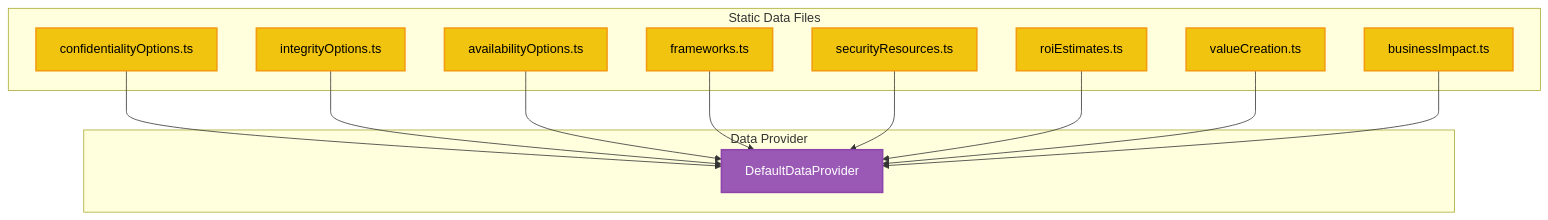
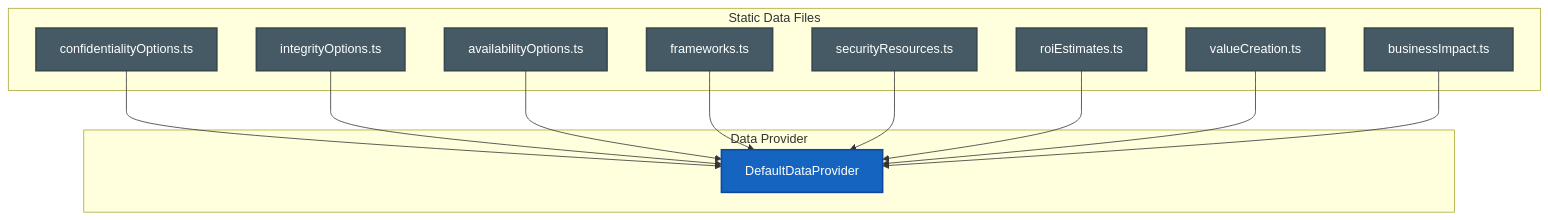
The third of 3 diagrams in docs/architecture/DATA_MODEL_old.md (Hack23/cia-compliance-manager), drawn with Mermaid before and after one commit. The commit also changed 18 other files, not shown here.

First line of the commit message:
style: update all classDef colors to ISMS style guide palette and fix quadrant charts

````diff
--- a/docs/architecture/DATA_MODEL_old.md
+++ b/docs/architecture/DATA_MODEL_old.md
@@ -246,32 +246,32 @@
 ```mermaid
 flowchart TD
     subgraph "Static Data Files"
         confidentialityOpts["confidentialityOptions.ts"]
         integrityOpts["integrityOptions.ts"]
         availabilityOpts["availabilityOptions.ts"]
         frameworks["frameworks.ts"]
         resources["securityResources.ts"]
         roiData["roiEstimates.ts"]
         valueCreation["valueCreation.ts"]
         businessImpact["businessImpact.ts"]
     end
     
     subgraph "Data Provider"
         DefaultDP[DefaultDataProvider]
     end
     
     confidentialityOpts --> DefaultDP
     integrityOpts --> DefaultDP
     availabilityOpts --> DefaultDP
     frameworks --> DefaultDP
     resources --> DefaultDP
     roiData --> DefaultDP
     valueCreation --> DefaultDP
     businessImpact --> DefaultDP
     
-    classDef files fill:#f1c40f,stroke:#f39c12,stroke-width:2px,color:black
-    classDef provider fill:#9b59b6,stroke:#8e44ad,stroke-width:2px,color:white
+    classDef files fill:#455A64,stroke:#37474F,stroke-width:2px,color:#ffffff
+    classDef provider fill:#1565C0,stroke:#0D47A1,stroke-width:2px,color:#ffffff
     
     class confidentialityOpts,integrityOpts,availabilityOpts,frameworks,resources,roiData,valueCreation,businessImpact files
     class DefaultDP provider
 ```
````
